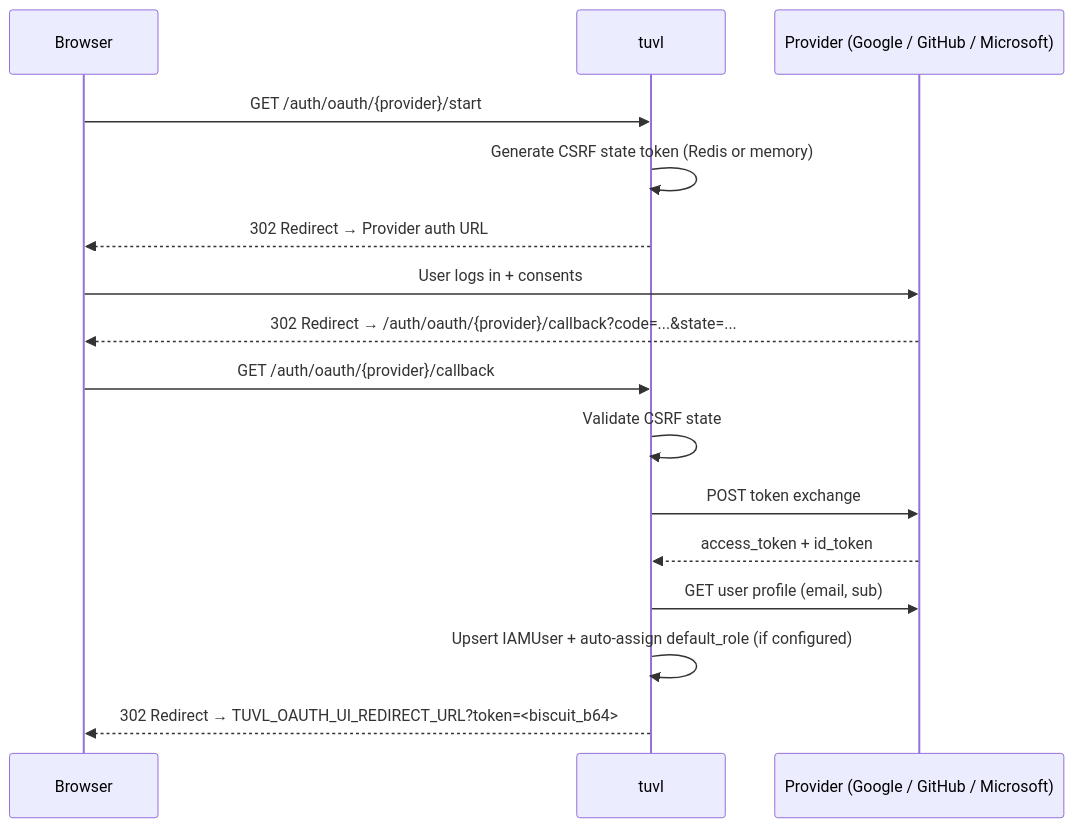
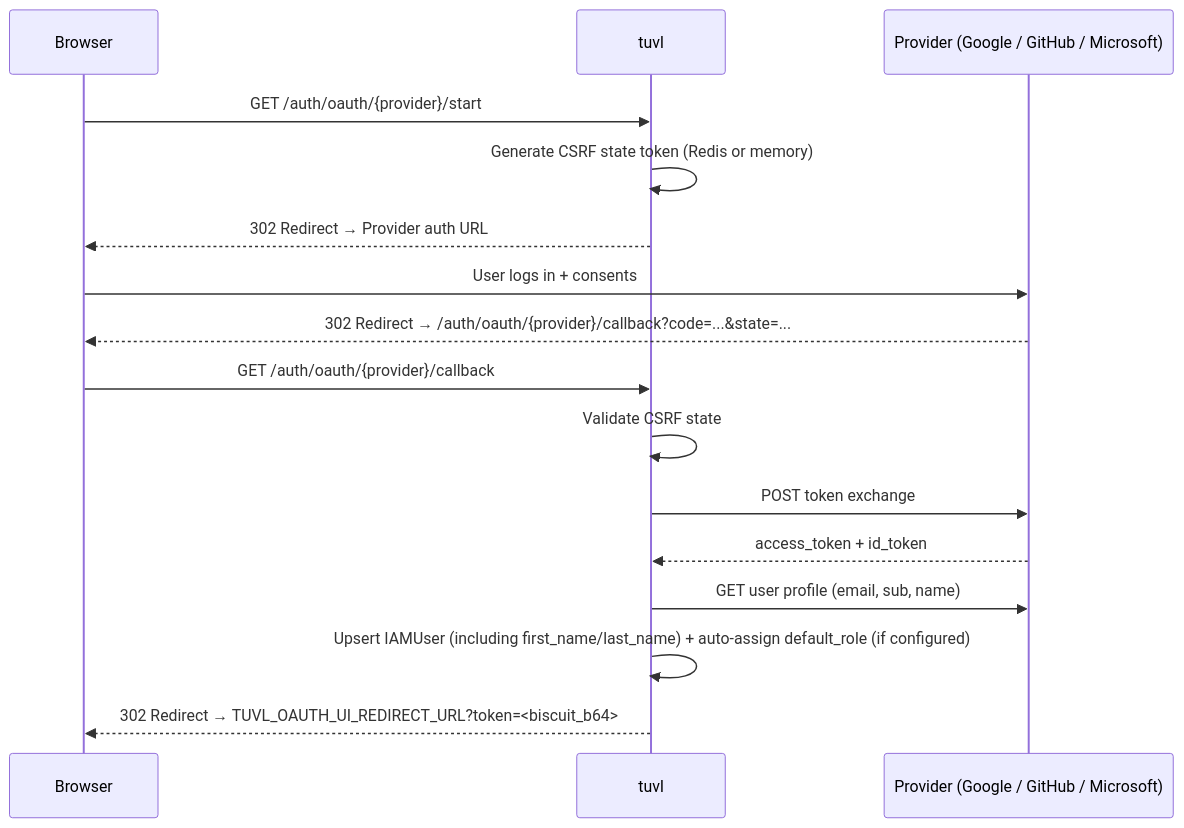
The diagram in docs/security/federation.md (tuvl-io/docs), drawn with Mermaid before and after one commit. The commit also changed 9 other files, not shown here.

Commit message:
docs: add AI agent documentation and skill files, update architecture diagrams, and include phone number support in IAM modules.

````diff
--- a/docs/security/federation.md
+++ b/docs/security/federation.md
@@ -11,21 +11,21 @@
 ```mermaid
 sequenceDiagram
     participant Browser
     participant tuvl
     participant Provider (Google / GitHub / Microsoft)
 
     Browser->>tuvl: GET /auth/oauth/{provider}/start
     tuvl->>tuvl: Generate CSRF state token (Redis or memory)
     tuvl-->>Browser: 302 Redirect → Provider auth URL
 
     Browser->>Provider (Google / GitHub / Microsoft): User logs in + consents
     Provider (Google / GitHub / Microsoft)-->>Browser: 302 Redirect → /auth/oauth/{provider}/callback?code=...&state=...
 
     Browser->>tuvl: GET /auth/oauth/{provider}/callback
     tuvl->>tuvl: Validate CSRF state
     tuvl->>Provider (Google / GitHub / Microsoft): POST token exchange
     Provider (Google / GitHub / Microsoft)-->>tuvl: access_token + id_token
-    tuvl->>Provider (Google / GitHub / Microsoft): GET user profile (email, sub)
-    tuvl->>tuvl: Upsert IAMUser + auto-assign default_role (if configured)
+    tuvl->>Provider (Google / GitHub / Microsoft): GET user profile (email, sub, name)
+    tuvl->>tuvl: Upsert IAMUser (including first_name/last_name) + auto-assign default_role (if configured)
     tuvl-->>Browser: 302 Redirect → TUVL_OAUTH_UI_REDIRECT_URL?token=<biscuit_b64>
 ```
````
